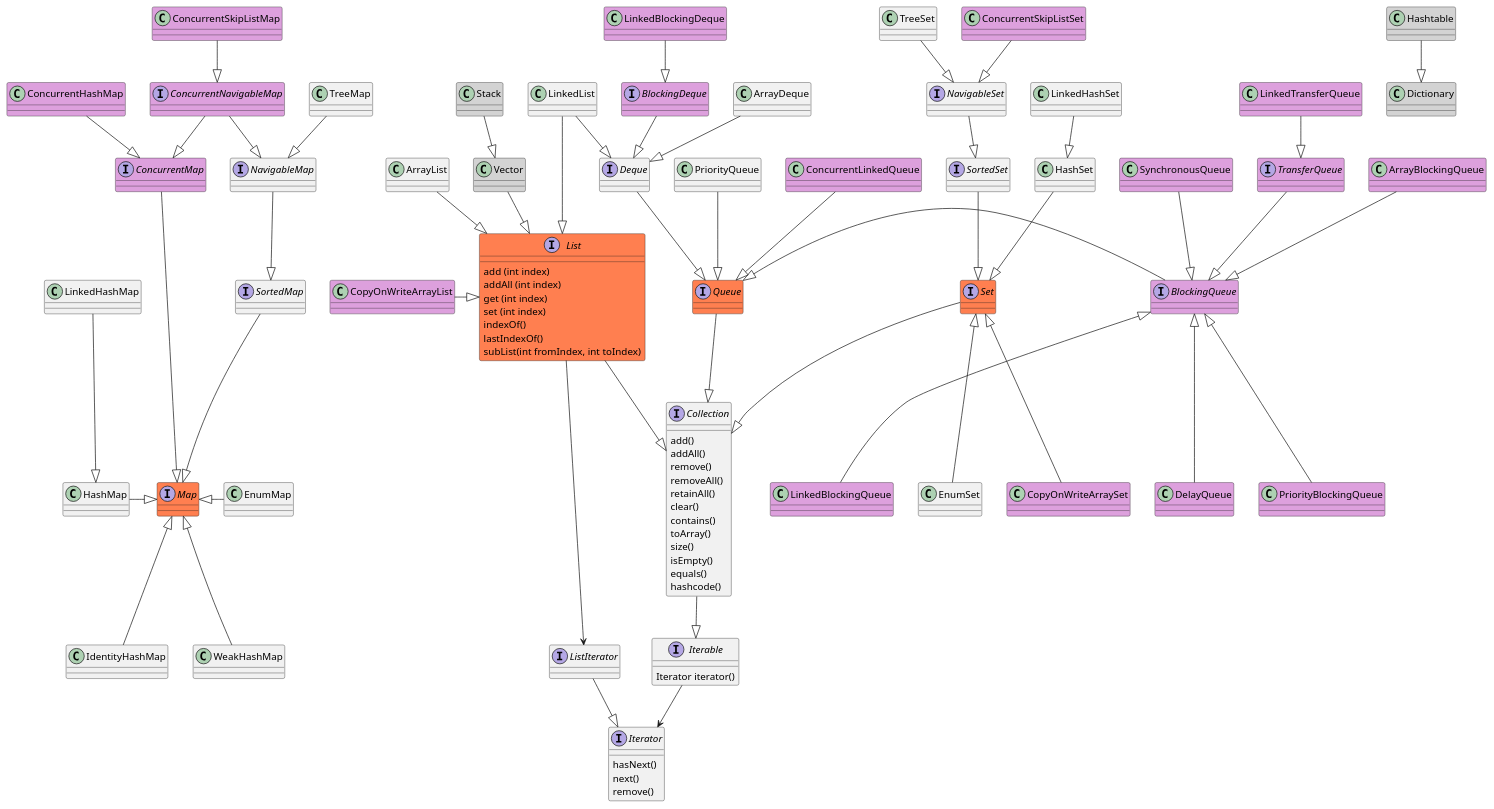
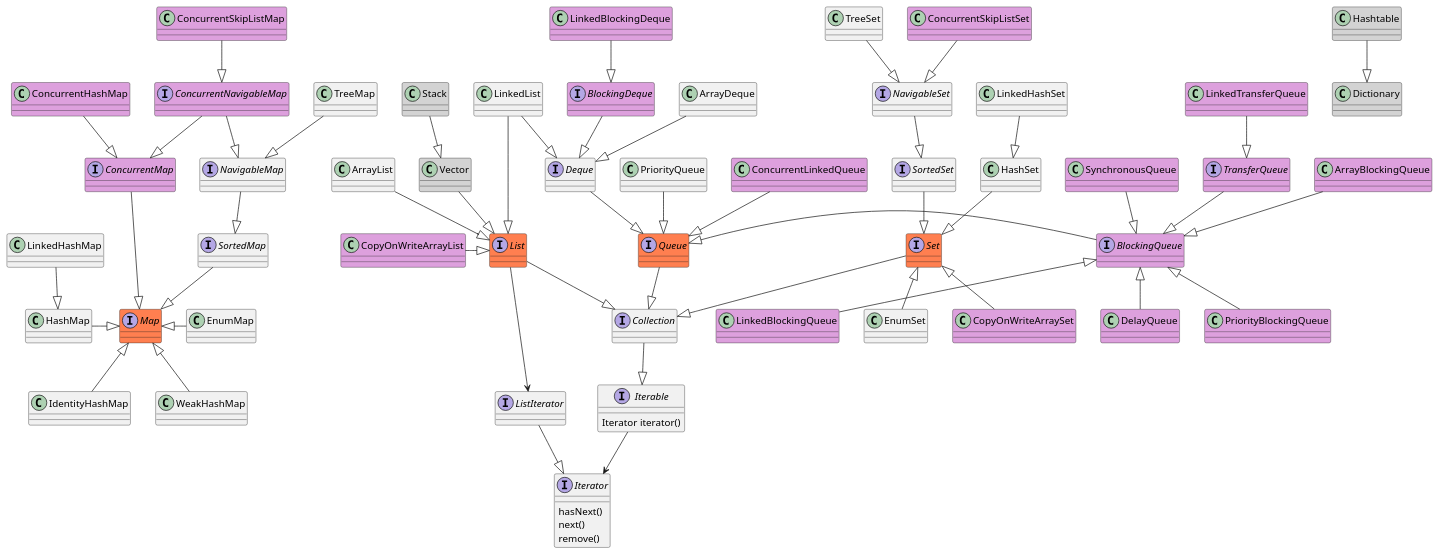
One commit to makarov-na/java-uml changed the diagram in src/main/uml/javaCollection.puml. Above: the diagram before and after it, drawn with PlantUML. The commit also changed 1 other file, not shown here.

```diff
--- a/src/main/uml/javaCollection.puml
+++ b/src/main/uml/javaCollection.puml
@@ -1,157 +1,140 @@
 @startuml
 
 
 
 interface Iterable {
 	Iterator iterator()
 }
 
 interface Iterator {
 	hasNext()
 	next()
 	remove()
 }
 
 interface ListIterator {
 
 }
 
 interface Collection{
-	add()
-	addAll()
-	remove()
-	removeAll()
-	retainAll()
-	clear()
-	contains()
-    toArray()
-	size()
-	isEmpty()
-	equals()
-	hashcode()
+
 }
 
 interface List #coral {
-	add (int index)
-	addAll (int index)
-	get (int index)
-	set (int index)
-	indexOf()
-	lastIndexOf()
-	subList(int fromIndex, int toIndex)
+
 }
 interface Set #coral
 interface SortedSet
 interface NavigableSet
 
 interface Queue #coral
 interface Deque
 interface BlockingQueue #Plum
 interface TransferQueue #Plum
 interface BlockingDeque #Plum
 
 interface Map #coral
 interface SortedMap
 interface NavigableMap
 interface ConcurrentMap #Plum
 interface ConcurrentNavigableMap #Plum
 
 class PriorityQueue
 class ArrayBlockingQueue #Plum
 class DelayQueue #Plum
 class LinkedBlockingDeque #Plum
 class LinkedTransferQueue #Plum
 class ConcurrentLinkedQueue #Plum
 class SynchronousQueue #Plum
 class PriorityBlockingQueue #Plum
 class LinkedBlockingQueue #Plum
 
 class ArrayList
 class LinkedList
 class CopyOnWriteArrayList #Plum
 class Vector #LightGrey
 class Stack  #LightGrey
 
 
 class HashSet
 class LinkedHashSet
 class TreeSet
 class EnumSet
 class CopyOnWriteArraySet #Plum
 class ConcurrentSkipListSet #Plum
 
 class HashMap
 class LinkedHashMap
 class TreeMap
 class EnumMap
 class IdentityHashMap
 class WeakHashMap
 class ConcurrentHashMap #Plum
 class ConcurrentSkipListMap #Plum
 
 class Dictionary #LightGrey
 class Hashtable #LightGrey
 
 
 Iterable --> Iterator
 ListIterator --|> Iterator
 Collection --|> Iterable
 
 
 Queue --|> Collection
 Deque --|> Queue
 ArrayDeque --|> Deque
 BlockingQueue -left-|> Queue
 BlockingDeque --|> Deque
 PriorityQueue --|> Queue
 ConcurrentLinkedQueue --|> Queue
 
 TransferQueue --|> BlockingQueue
 ArrayBlockingQueue --|> BlockingQueue
 SynchronousQueue --|> BlockingQueue
 PriorityBlockingQueue -up-|> BlockingQueue
 LinkedBlockingQueue -up-|> BlockingQueue
 DelayQueue -up-|> BlockingQueue
 LinkedBlockingDeque --|> BlockingDeque
 LinkedTransferQueue --|> TransferQueue
 
 
 
 Set  --|> Collection
 SortedSet --|> Set
 NavigableSet --|> SortedSet
 HashSet --|> Set
 EnumSet -up-|> Set
 TreeSet --|> NavigableSet
 LinkedHashSet --|> HashSet
 CopyOnWriteArraySet -up-|> Set
 ConcurrentSkipListSet --|> NavigableSet
 
 List --|> Collection
 List --> ListIterator
 ArrayList --|> List
 LinkedList --|> List
 CopyOnWriteArrayList -right-|> List
 LinkedList --|> Deque
 Vector --|> List
 Stack  --|> Vector
 
 
 SortedMap --|> Map
 NavigableMap --|> SortedMap
 Hashtable --|> Dictionary
 HashMap -right-|> Map
 EnumMap -left-|> Map
 TreeMap --|> NavigableMap
 LinkedHashMap --|> HashMap
 IdentityHashMap -up-|> Map
 WeakHashMap -up-|> Map
 ConcurrentMap  --|> Map
 ConcurrentNavigableMap --|> NavigableMap
 ConcurrentNavigableMap --|> ConcurrentMap
 ConcurrentHashMap --|> ConcurrentMap
 ConcurrentSkipListMap --|> ConcurrentNavigableMap
 
 
 
 @enduml
```
